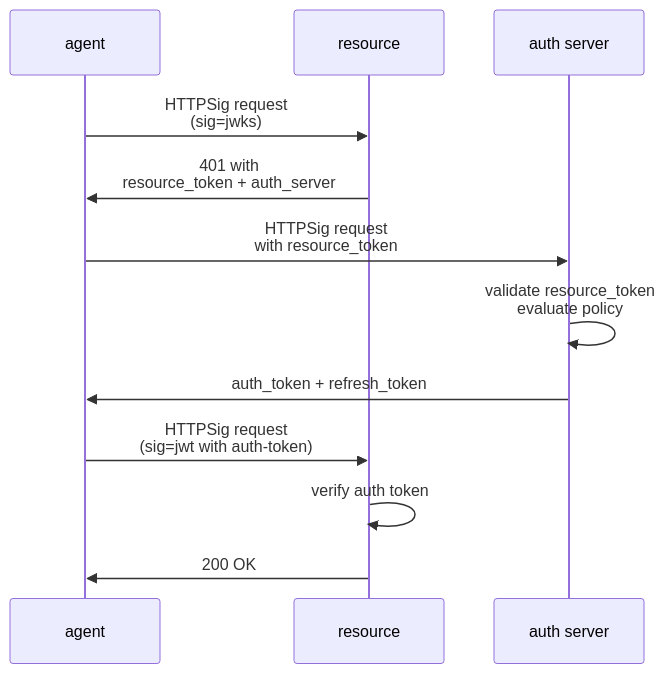
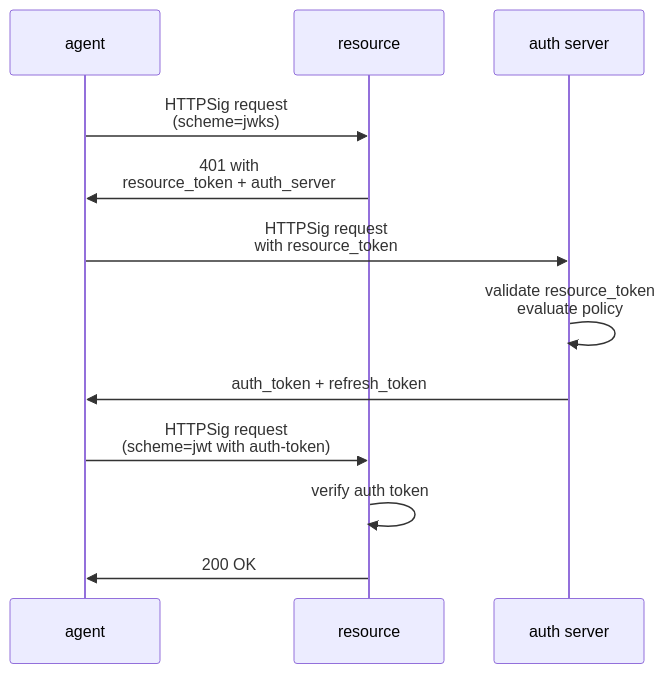
The fourth of 10 diagrams in README.md (dickhardt/agent-auth), drawn with Mermaid before and after one commit. The commit also changed other lines of this file, not shown here.

First line of the commit message:
Update mermaid diagrams and prose to use scheme= consistently

````diff
--- a/README.md
+++ b/README.md
@@ -238,17 +238,17 @@
 ```mermaid
 sequenceDiagram
     participant Agent as agent
     participant Resource as resource
     participant Auth as auth server
 
-    Agent->>Resource: HTTPSig request<br/>(sig=jwks)
+    Agent->>Resource: HTTPSig request<br/>(scheme=jwks)
     Resource->>Agent: 401 with<br/>resource_token + auth_server
 
     Agent->>Auth: HTTPSig request<br/>with resource_token
     Auth->>Auth: validate resource_token<br/>evaluate policy
     Auth->>Agent: auth_token + refresh_token
 
-    Agent->>Resource: HTTPSig request<br/>(sig=jwt with auth-token)
+    Agent->>Resource: HTTPSig request<br/>(scheme=jwt with auth-token)
     Resource->>Resource: verify auth token
     Resource->>Agent: 200 OK
 ```
````
